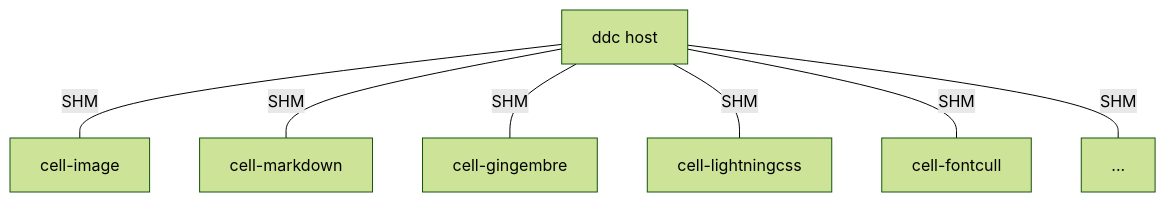
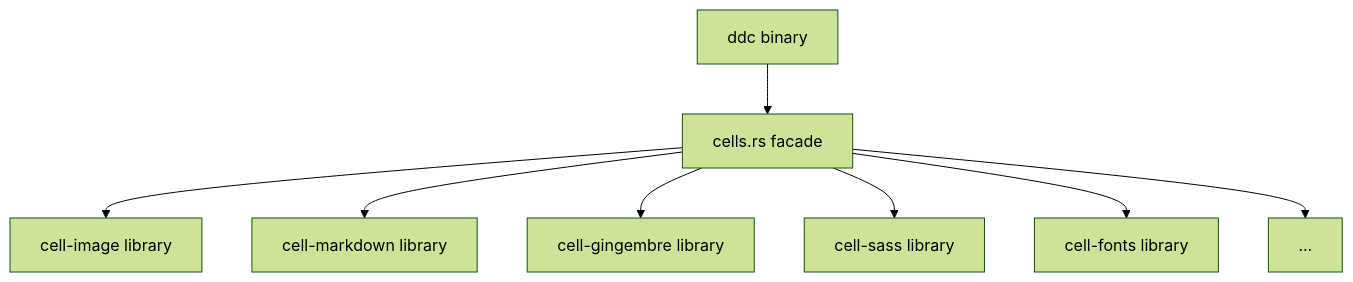
The diagram in docs/content/architecture/how-it-works.md (bearcove/dodeca), drawn with Mermaid (forest theme) before and after one commit. The commit also changed other lines of this file and 2130 other files, not shown here.

````diff
--- a/docs/content/architecture/how-it-works.md
+++ b/docs/content/architecture/how-it-works.md
@@ -14,9 +14,10 @@
 ```mermaid
 graph TD
-    Host[ddc host] --- |SHM| img[cell-image]
-    Host --- |SHM| md[cell-markdown]
-    Host --- |SHM| tpl[cell-gingembre]
-    Host --- |SHM| sass[cell-lightningcss]
-    Host --- |SHM| font[cell-fontcull]
-    Host --- |SHM| etc[...]
+    Host[ddc binary] --> Facade[cells.rs facade]
+    Facade --> img[cell-image library]
+    Facade --> md[cell-markdown library]
+    Facade --> tpl[cell-gingembre library]
+    Facade --> sass[cell-sass library]
+    Facade --> font[cell-fonts library]
+    Facade --> etc[...]
 ```
````
